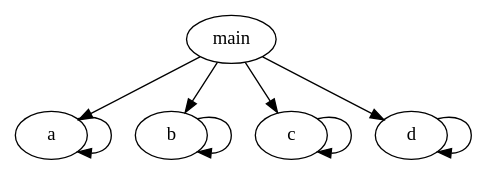
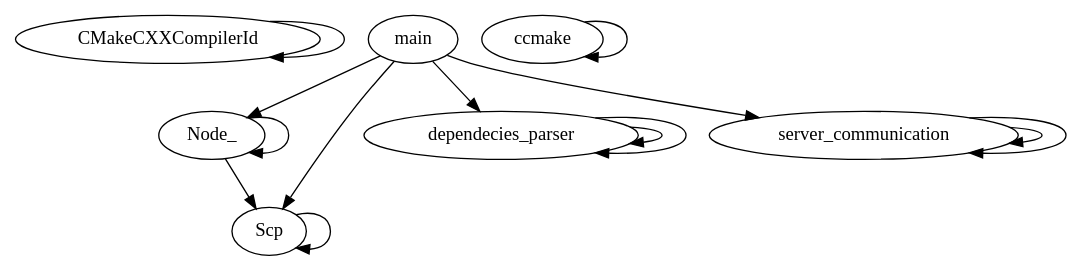
The diagram in dep/dep_graph.dot (Midren/ConcurrentMake), drawn with Graphviz before and after one commit. The commit also changed 19 other files, not shown here.

```diff
--- a/dep/dep_graph.dot
+++ b/dep/dep_graph.dot
@@ -1,10 +1,15 @@
 digraph {
-a->a;
-b->b;
-c->c;
-d->d;
-main->a;
-main->b;
-main->c;
-main->d;
+CMakeCXXCompilerId->CMakeCXXCompilerId;
+Node_->Node_;
+Node_->Scp;
+Scp->Scp;
+ccmake->ccmake;
+dependecies_parser->dependecies_parser;
+dependecies_parser->dependecies_parser;
+main->server_communication;
+main->dependecies_parser;
+main->Node_;
+main->Scp;
+server_communication->server_communication;
+server_communication->server_communication;
 }
```
